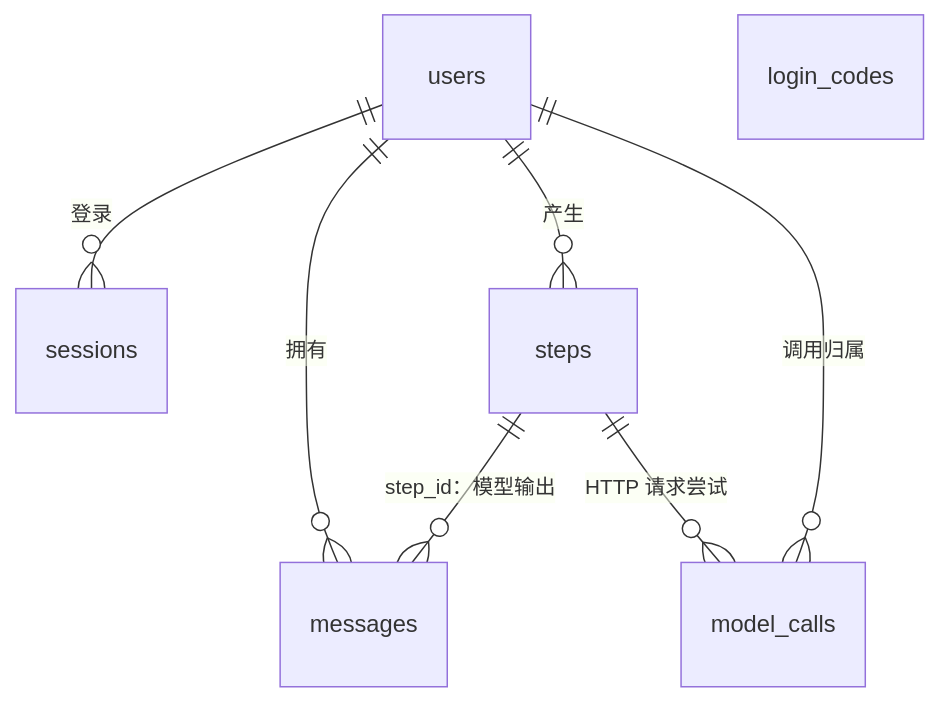
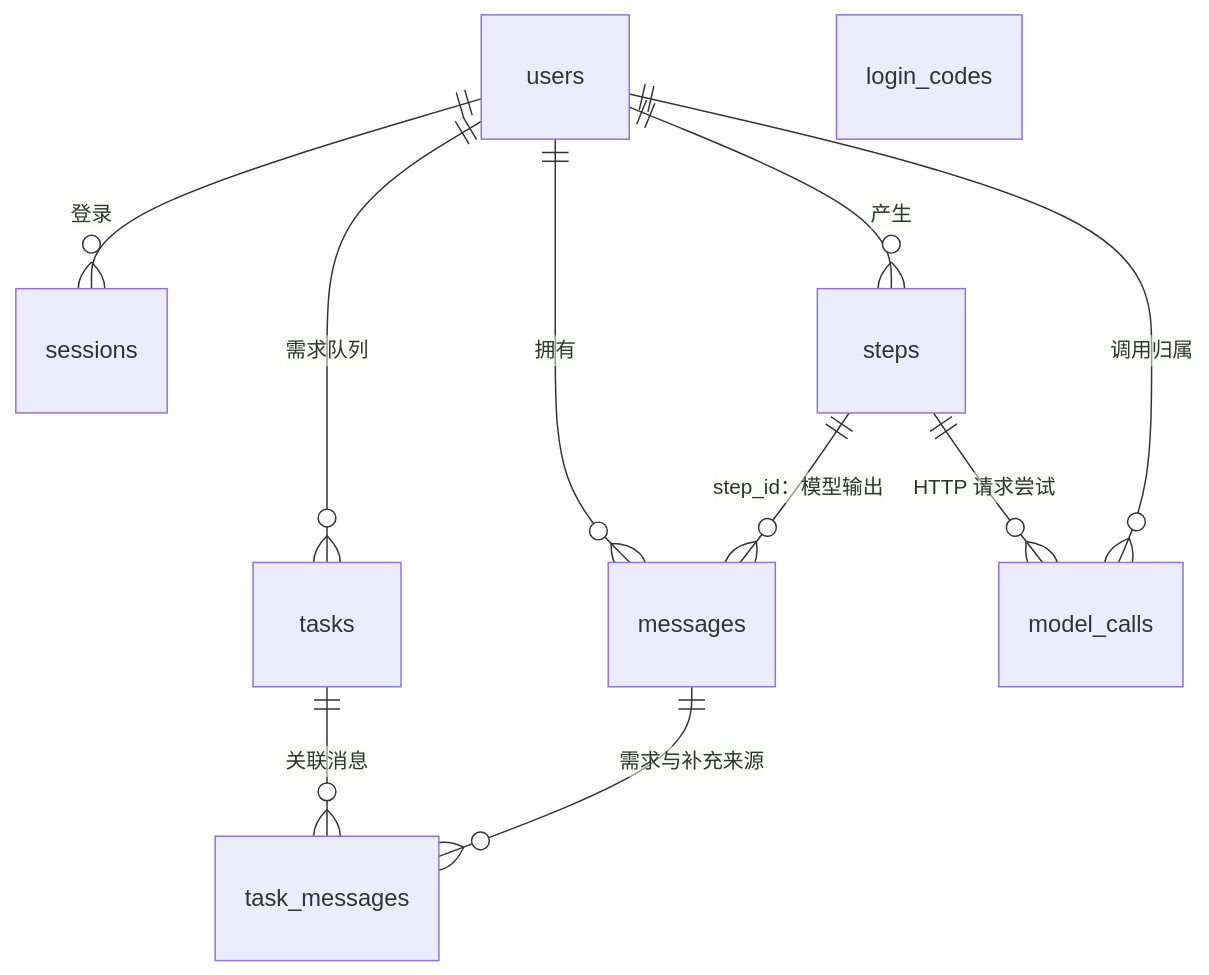
Before and after one commit to OmniNetOpensource/aether-personal: the diagram in docs/wiki/02-data-model.md, drawn with Mermaid. The commit also changed other lines of this file and 23 other files, not shown here.

````diff
--- a/docs/wiki/02-data-model.md
+++ b/docs/wiki/02-data-model.md
@@ -17,10 +17,13 @@
 ```mermaid
 erDiagram
     users ||--o{ sessions : "登录"
     users ||--o{ messages : "拥有"
+    users ||--o{ tasks : "需求队列"
+    tasks ||--o{ task_messages : "关联消息"
+    messages ||--o{ task_messages : "需求与补充来源"
     users ||--o{ steps : "产生"
     steps ||--o{ model_calls : "HTTP 请求尝试"
     users ||--o{ model_calls : "调用归属"
     steps ||--o{ messages : "step_id：模型输出"
     login_codes
 ```
````
